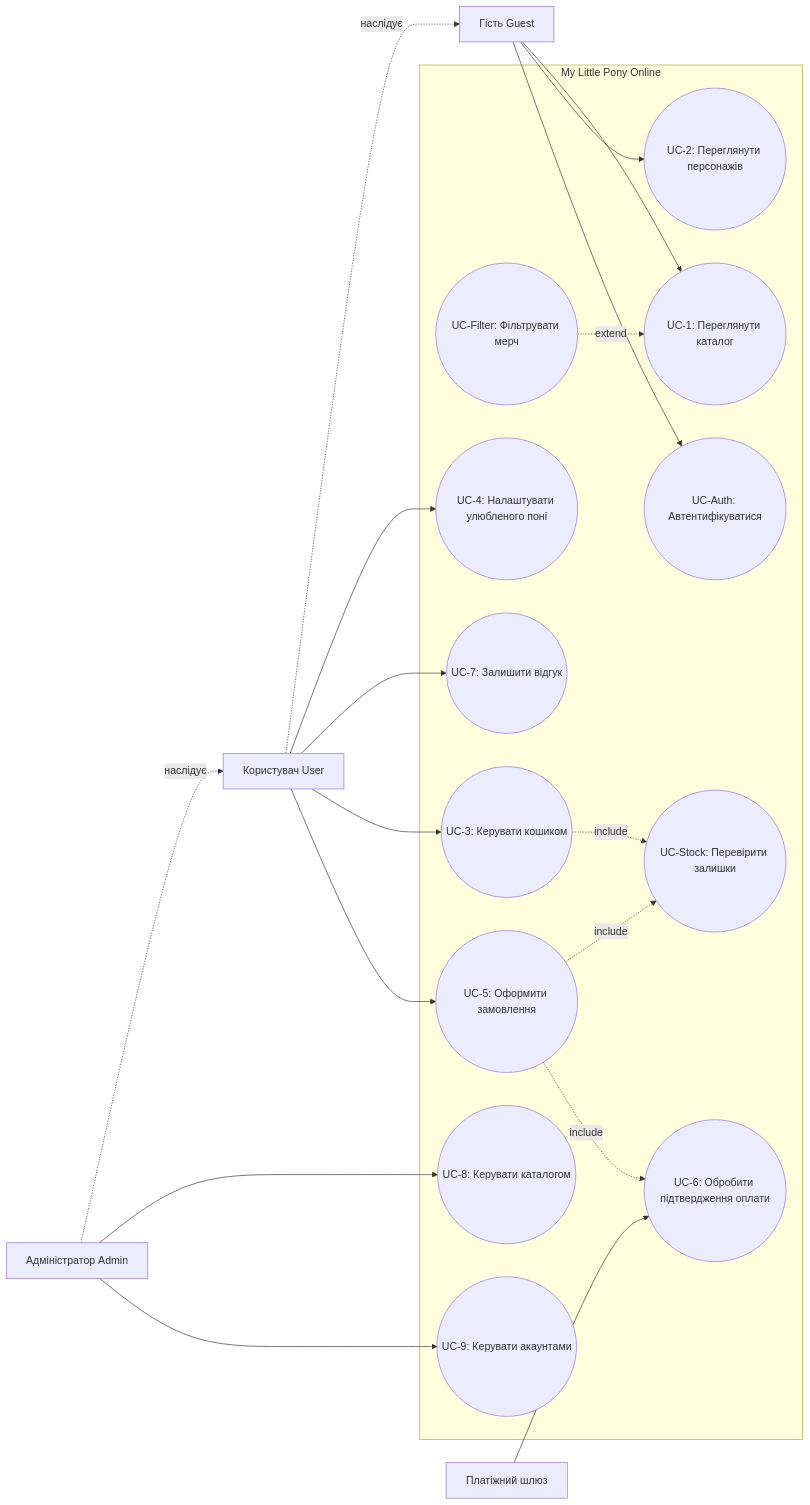
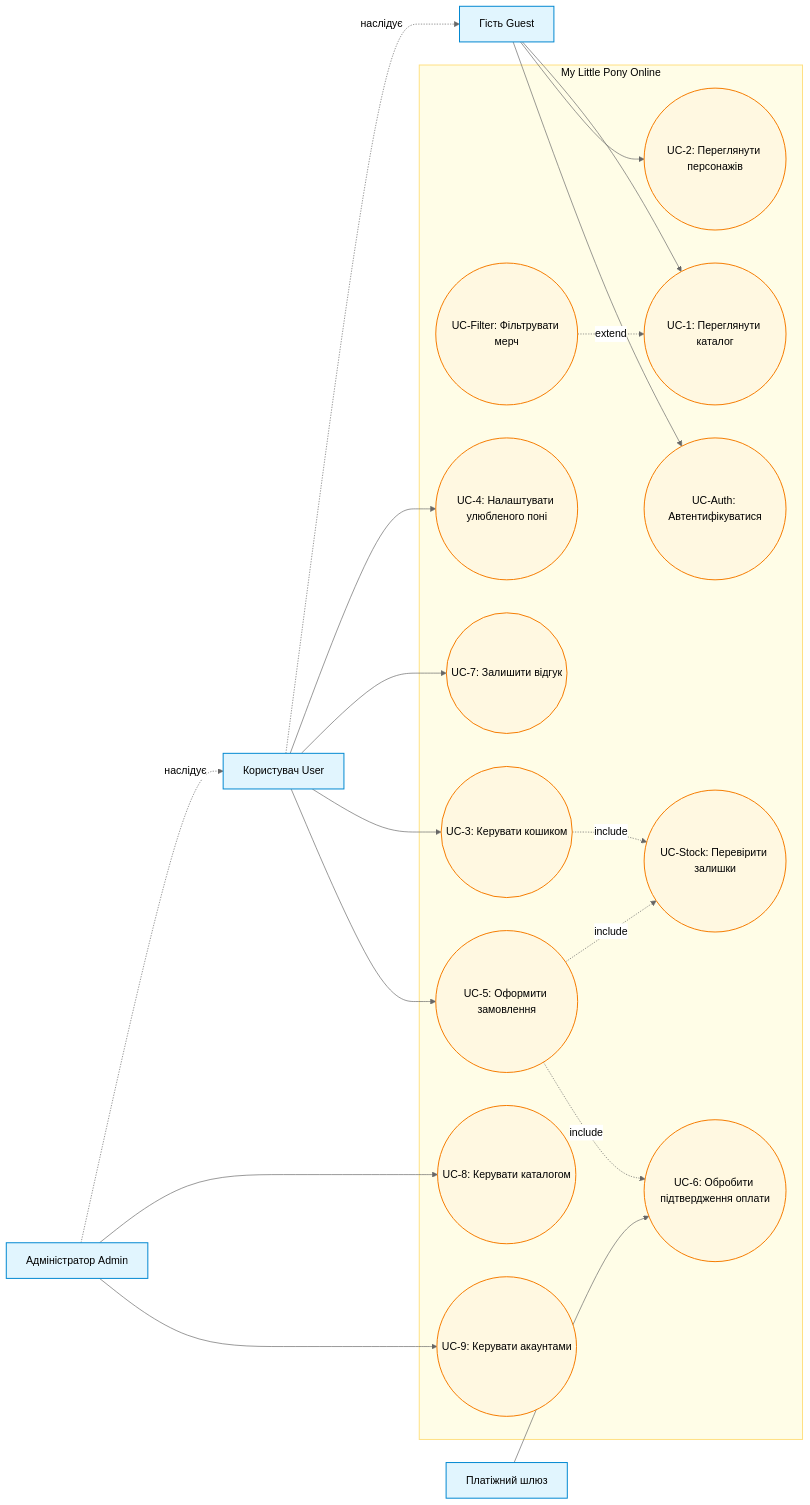
Before and after one commit to XxMariavxX/Mavpz-labs: the diagram in lab2/use_case.mmd, drawn with Mermaid.

Commit message:
refactor: add mmd white background

```diff
--- a/lab2/use_case.mmd
+++ b/lab2/use_case.mmd
@@ -1,39 +1,45 @@
+%%{init: {'theme': 'neutral', 'themeVariables': { 'background': '#ffffff', 'mainBkg': '#ffffff' }}}%%
 flowchart LR
-    Guest[Гість Guest]
-    User[Користувач User]
-    Admin[Адміністратор Admin]
-    PG[Платіжний шлюз]
+    classDef actor fill:#e1f5fe,stroke:#0288d1,stroke-width:1.5px,color:#000000;
+    classDef usecase fill:#fff8e1,stroke:#f57c00,stroke-width:1.5px,color:#000000;
+
+    Guest[Гість Guest]:::actor
+    User[Користувач User]:::actor
+    Admin[Адміністратор Admin]:::actor
+    PG[Платіжний шлюз]:::actor
 
     User -.->|наслідує| Guest
     Admin -.->|наслідує| User
 
-    subgraph Platform[My Little Pony Online]
-        UC1((UC-1: Переглянути каталог))
-        UC2((UC-2: Переглянути персонажів))
-        UCF((UC-Filter: Фільтрувати мерч))
-        UCA((UC-Auth: Автентифікуватися))
-        UC4((UC-4: Налаштувати улюбленого поні))
-        UC7((UC-7: Залишити відгук))
-        UC3((UC-3: Керувати кошиком))
-        UC5((UC-5: Оформити замовлення))
-        UCS((UC-Stock: Перевірити залишки))
-        UC6((UC-6: Обробити підтвердження оплати))
-        UC8((UC-8: Керувати каталогом))
-        UC9((UC-9: Керувати акаунтами))
+    subgraph Platform [My Little Pony Online]
+        UC1((UC-1: Переглянути каталог)):::usecase
+        UC2((UC-2: Переглянути персонажів)):::usecase
+        UCF((UC-Filter: Фільтрувати мерч)):::usecase
+        UCA((UC-Auth: Автентифікуватися)):::usecase
+        UC4((UC-4: Налаштувати улюбленого поні)):::usecase
+        UC7((UC-7: Залишити відгук)):::usecase
+        UC3((UC-3: Керувати кошиком)):::usecase
+        UC5((UC-5: Оформити замовлення)):::usecase
+        UCS((UC-Stock: Перевірити залишки)):::usecase
+        UC6((UC-6: Обробити підтвердження оплати)):::usecase
+        UC8((UC-8: Керувати каталогом)):::usecase
+        UC9((UC-9: Керувати акаунтами)):::usecase
     end
 
     Guest --> UC1
     Guest --> UC2
     Guest --> UCA
     User --> UC4
     User --> UC7
     User --> UC3
     User --> UC5
     Admin --> UC8
     Admin --> UC9
     PG --> UC6
 
     UCF -.->|extend| UC1
     UC3 -.->|include| UCS
     UC5 -.->|include| UCS
     UC5 -.->|include| UC6
+
+    style Platform fill:#fffde7,stroke:#ffe082,stroke-width:1.5px,color:#000000
```
